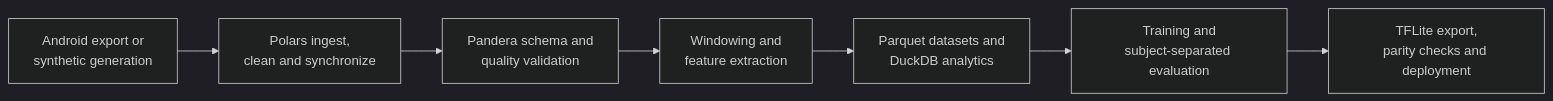
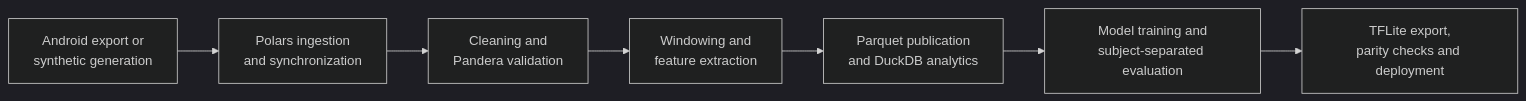
One commit to Eclipse-XS/SleepTrackerSimulator changed the second of 2 diagrams in README.md. Above: the diagram before and after it, drawn with Mermaid (dark theme). The commit also changed other lines of this file, not shown here.

````diff
--- a/README.md
+++ b/README.md
@@ -52,9 +70,9 @@
 ```mermaid
 flowchart LR
-  A[Android export or<br/>synthetic generation] --> B[Polars ingest,<br/>clean and synchronize]
-  B --> C[Pandera schema and<br/>quality validation]
+  A[Android export or<br/>synthetic generation] --> B[Polars ingestion<br/>and synchronization]
+  B --> C[Cleaning and<br/>Pandera validation]
   C --> D[Windowing and<br/>feature extraction]
-  D --> E[Parquet datasets and<br/>DuckDB analytics]
-  E --> F[Training and<br/>subject-separated evaluation]
+  D --> E[Parquet publication<br/>and DuckDB analytics]
+  E --> F[Model training and<br/>subject-separated evaluation]
   F --> G[TFLite export,<br/>parity checks and deployment]
 ```
````
